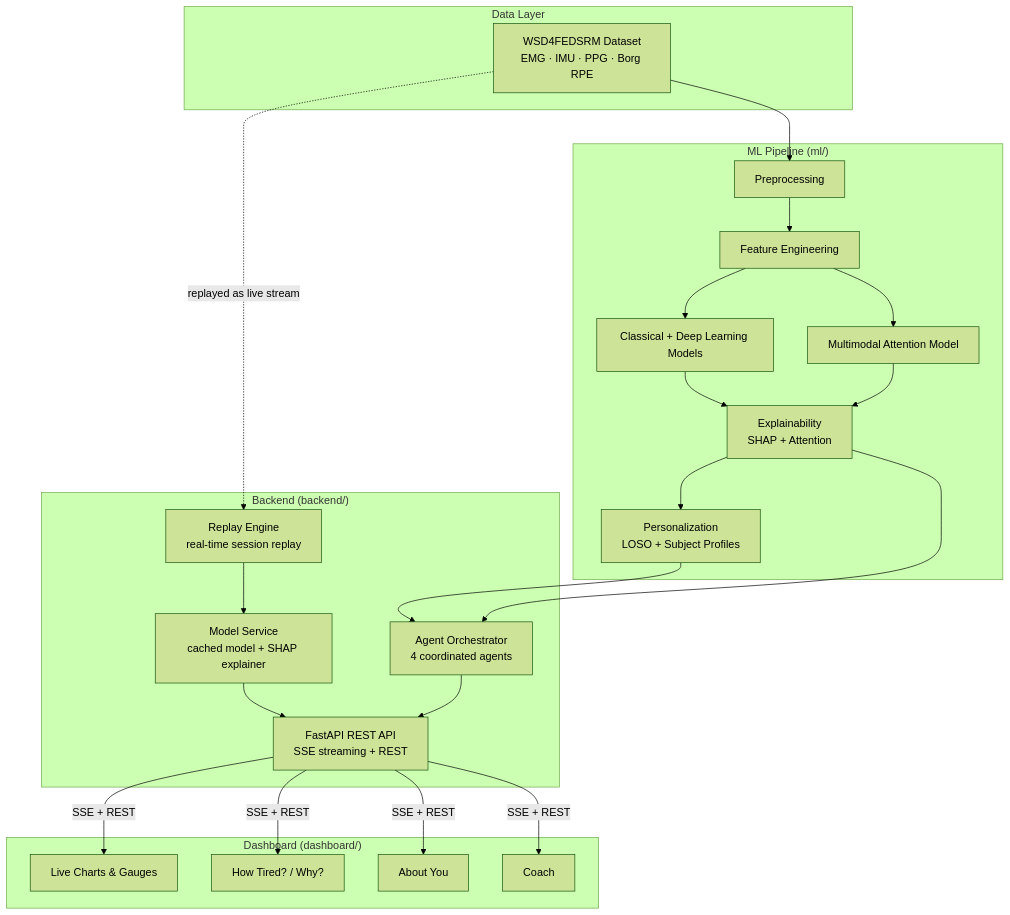
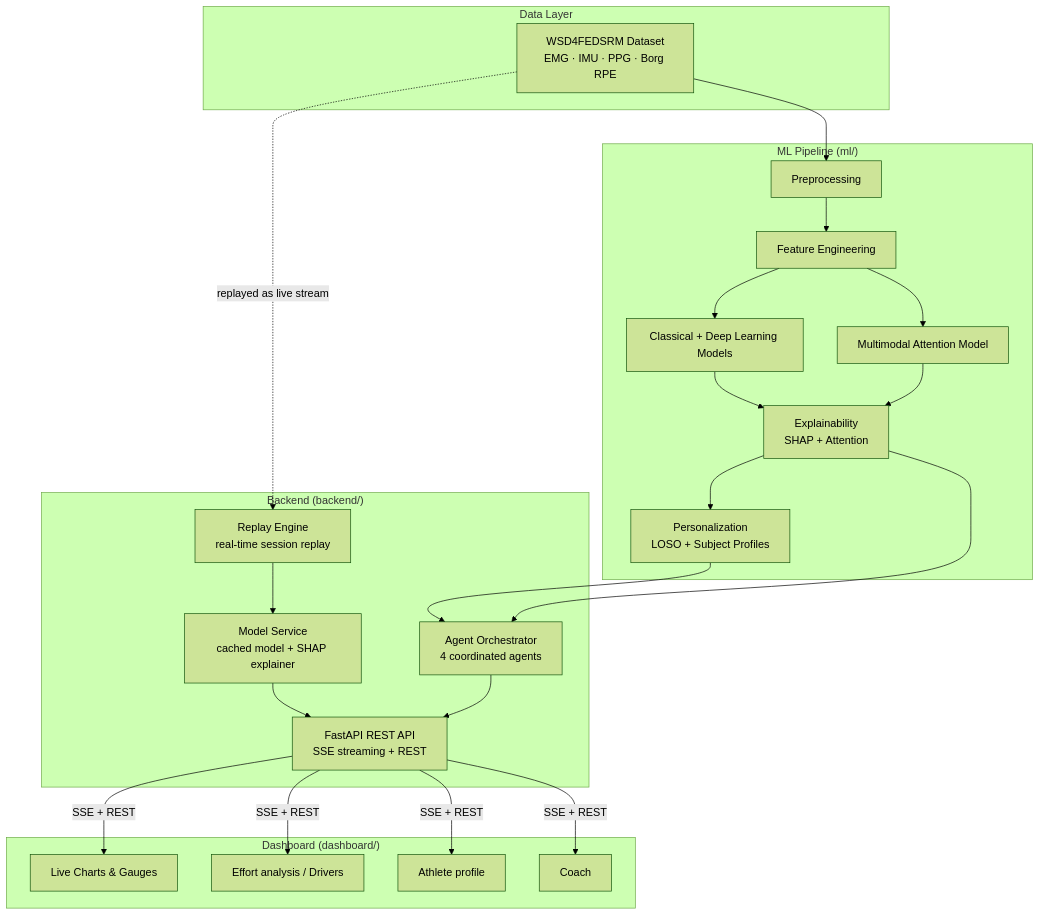
Before and after one commit to Sangamithraa077/Agentic-Fatigue-Fingerprinting: the first of 2 diagrams in README.md, drawn with Mermaid (forest theme). The commit also changed other lines of this file and 9 other files, not shown here.

````diff
--- a/README.md
+++ b/README.md
@@ -94,39 +96,39 @@
 ```mermaid
 flowchart TD
     subgraph Data["Data Layer"]
         A[WSD4FEDSRM Dataset<br/>EMG · IMU · PPG · Borg RPE]
     end
 
     subgraph ML["ML Pipeline (ml/)"]
         B[Preprocessing]
         C[Feature Engineering]
         D[Classical + Deep Learning Models]
         E[Multimodal Attention Model]
         F[Explainability<br/>SHAP + Attention]
         G[Personalization<br/>LOSO + Subject Profiles]
     end
 
     subgraph Backend["Backend (backend/)"]
         H[Replay Engine<br/>real-time session replay]
         I[Model Service<br/>cached model + SHAP explainer]
         J[Agent Orchestrator<br/>4 coordinated agents]
         K[FastAPI REST API<br/>SSE streaming + REST]
     end
 
     subgraph Frontend["Dashboard (dashboard/)"]
         L[Live Charts & Gauges]
-        M[How Tired? / Why?]
-        N[About You]
+        M[Effort analysis / Drivers]
+        N[Athlete profile]
         O[Coach]
     end
 
     A --> B --> C --> D --> F
     C --> E --> F
     F --> G
     A -.->|replayed as live stream| H
     H --> I --> K
     G --> J
     F --> J
     J --> K
     K -->|SSE + REST| L & M & N & O
 ```
````
